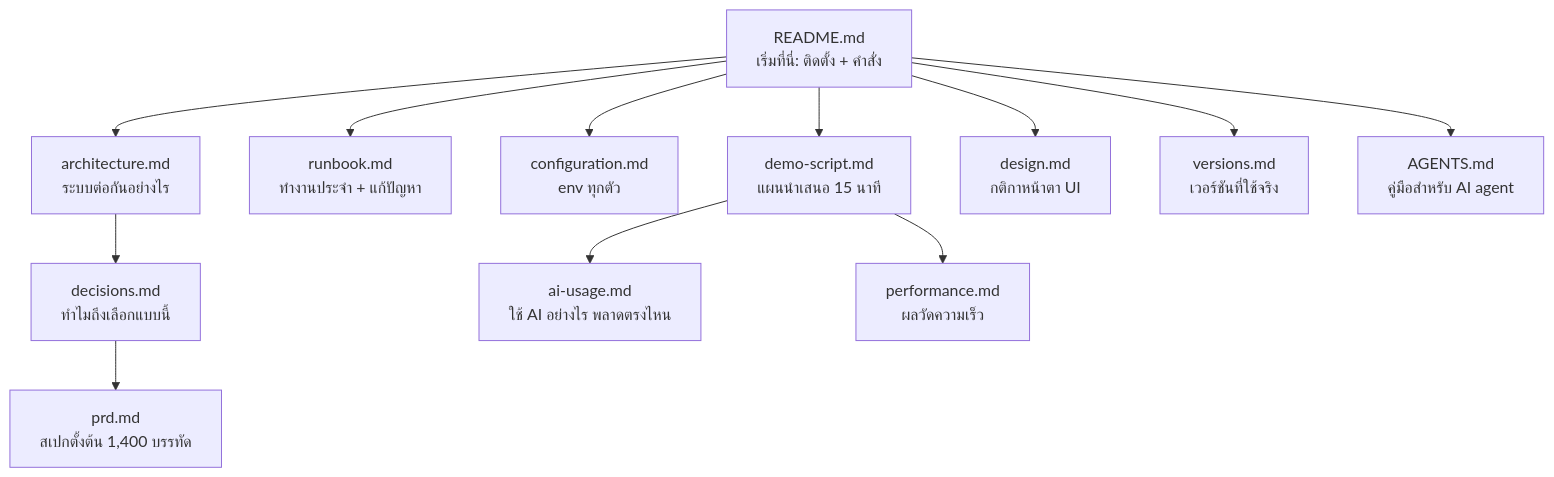
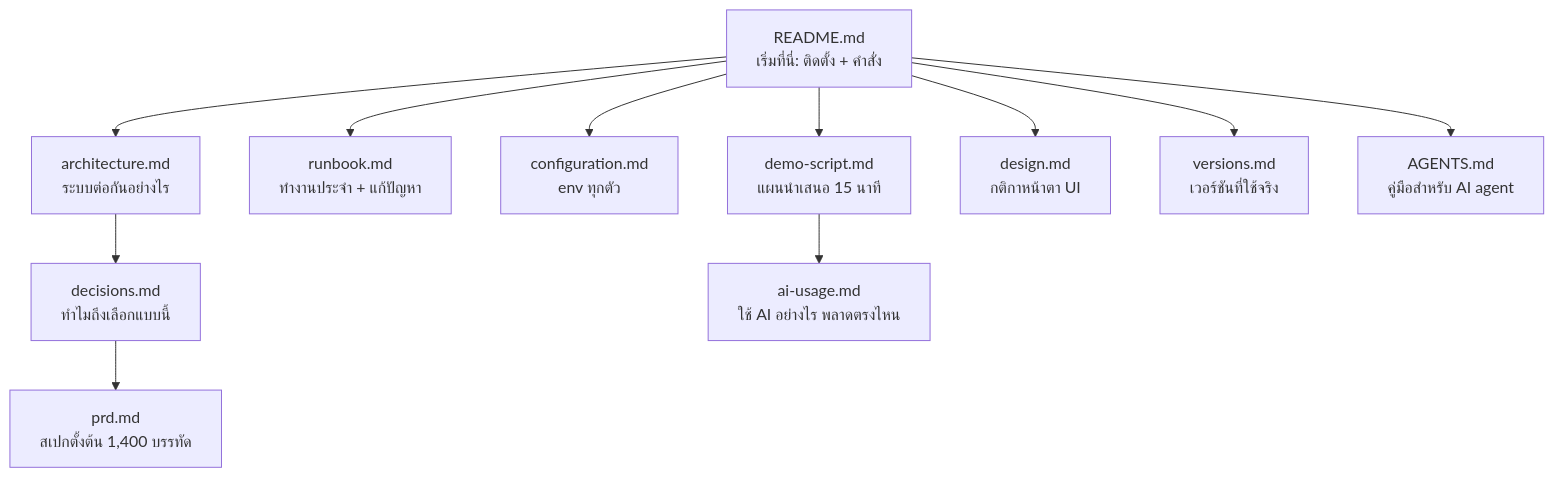
One commit to sittipong-hemloun/helius-tech-test changed the diagram in docs/learn/09-docs-guide.md. Above: the diagram before and after it, drawn with Mermaid. The commit also changed other lines of this file and 82 other files, not shown here.

````diff
--- a/docs/learn/09-docs-guide.md
+++ b/docs/learn/09-docs-guide.md
@@ -5,14 +5,13 @@
 ```mermaid
 flowchart TD
     R["README.md<br/>เริ่มที่นี่: ติดตั้ง + คำสั่ง"] --> AR["architecture.md<br/>ระบบต่อกันอย่างไร"]
     R --> RB["runbook.md<br/>ทำงานประจำ + แก้ปัญหา"]
     R --> CF["configuration.md<br/>env ทุกตัว"]
     AR --> DC["decisions.md<br/>ทำไมถึงเลือกแบบนี้"]
     DC --> PRD["prd.md<br/>สเปกตั้งต้น 1,400 บรรทัด"]
     R --> DS["demo-script.md<br/>แผนนำเสนอ 15 นาที"]
     DS --> AI["ai-usage.md<br/>ใช้ AI อย่างไร พลาดตรงไหน"]
-    DS --> PF["performance.md<br/>ผลวัดความเร็ว"]
     R --> DG["design.md<br/>กติกาหน้าตา UI"]
     R --> VS["versions.md<br/>เวอร์ชันที่ใช้จริง"]
     R --> AG["AGENTS.md<br/>คู่มือสำหรับ AI agent"]
 ```
````
